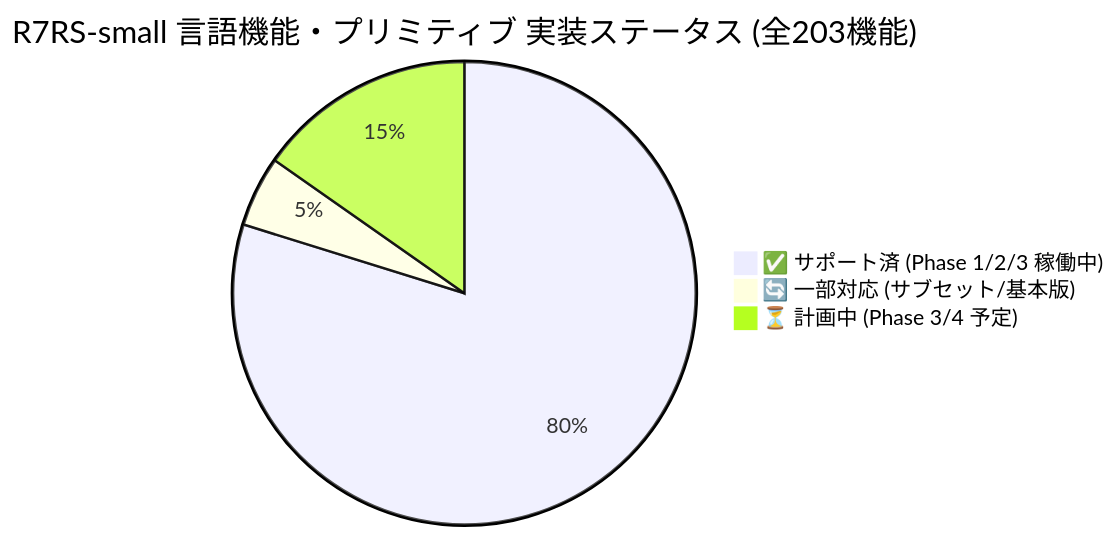
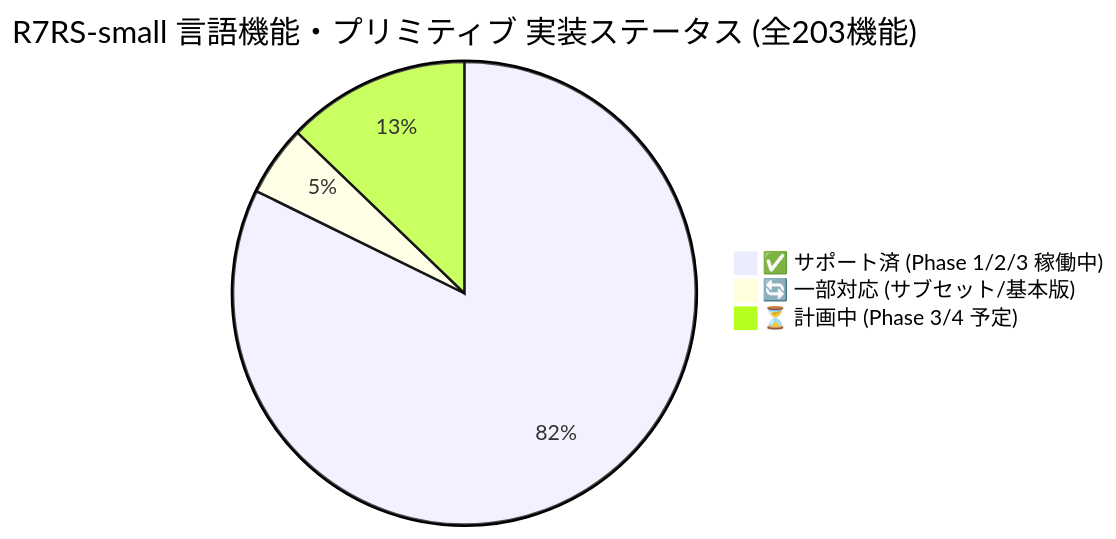
One commit to rokujyouhitoma/arxiv-security-papers changed the first of 3 diagrams in ilisp/docs/SPEC_R7RS.md. Above: the diagram before and after it, drawn with Mermaid. The commit also changed other lines of this file and 7 other files, not shown here.

````diff
--- a/ilisp/docs/SPEC_R7RS.md
+++ b/ilisp/docs/SPEC_R7RS.md
@@ -17,6 +17,6 @@
 ```mermaid
 pie title R7RS-small 言語機能・プリミティブ 実装ステータス (全203機能)
-    "✅ サポート済 (Phase 1/2/3 稼働中)" : 162
+    "✅ サポート済 (Phase 1/2/3 稼働中)" : 167
     "🔄 一部対応 (サブセット/基本版)" : 10
-    "⏳ 計画中 (Phase 3/4 予定)" : 31
+    "⏳ 計画中 (Phase 3/4 予定)" : 26
 ```
````
